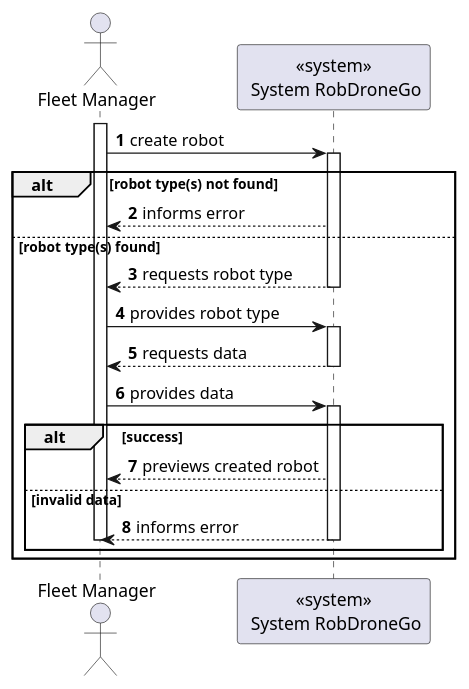
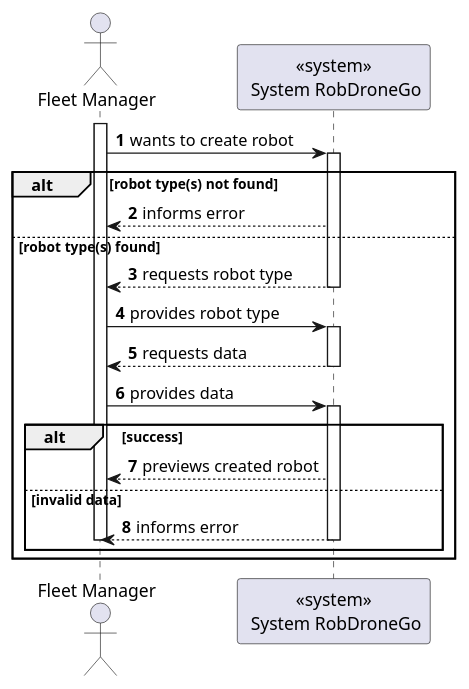
One commit to Departamento-de-Engenharia-Informatica/lapr5-23-24-g19 changed the diagram in docs/us1010/level1/process-view.puml. Above: the diagram before and after it, drawn with PlantUML. The commit also changed 3 other files, not shown here.

```diff
--- a/docs/us1010/level1/process-view.puml
+++ b/docs/us1010/level1/process-view.puml
@@ -1,33 +1,33 @@
 @startuml
 autonumber
 
 actor "Fleet Manager" as usr
 
 participant "<<system>>\n System RobDroneGo" as sys
 
 activate usr
-    usr -> sys : create robot
+    usr -> sys : wants to create robot
     activate sys
     alt robot type(s) not found
         sys --> usr : informs error
     else robot type(s) found
         sys --> usr : requests robot type
     deactivate sys
 
     usr -> sys : provides robot type
     activate sys
         sys --> usr : requests data
     deactivate sys
 
     usr -> sys : provides data
     activate sys
     alt success
         sys --> usr : previews created robot
     else invalid data
         sys --> usr : informs error
     deactivate sys
 deactivate usr
 end
 end
 
 @enduml
```
